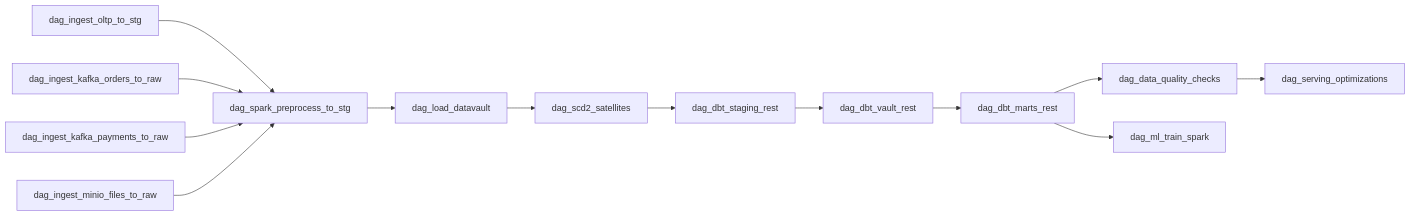
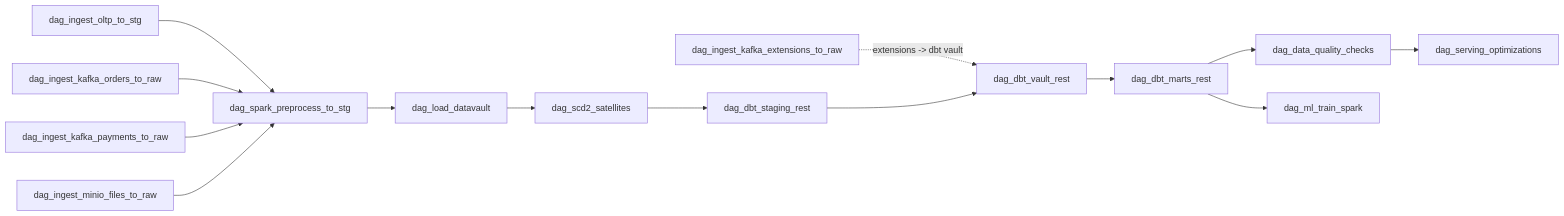
One commit to svergio/DataOpsShowcase changed the diagram in docs/PIPELINES.md. Above: the diagram before and after it, drawn with Mermaid. The commit also changed other lines of this file and 145 other files, not shown here.

````diff
--- a/docs/PIPELINES.md
+++ b/docs/PIPELINES.md
@@ -9,26 +11,28 @@
 ```mermaid
 flowchart LR
   oltp[dag_ingest_oltp_to_stg]
   k_orders[dag_ingest_kafka_orders_to_raw]
   k_payments[dag_ingest_kafka_payments_to_raw]
+  k_ext[dag_ingest_kafka_extensions_to_raw]
   minio_files[dag_ingest_minio_files_to_raw]
 
   spark[dag_spark_preprocess_to_stg]
   vault_load[dag_load_datavault]
   scd2[dag_scd2_satellites]
 
   dbt_stg[dag_dbt_staging_rest]
   dbt_vault[dag_dbt_vault_rest]
   dbt_marts[dag_dbt_marts_rest]
 
   dq[dag_data_quality_checks]
   serving[dag_serving_optimizations]
   mltrain[dag_ml_train_spark]
 
   oltp --> spark
   k_orders --> spark
   k_payments --> spark
   minio_files --> spark
+  k_ext -.->|extensions -> dbt vault| dbt_vault
   spark --> vault_load --> scd2 --> dbt_stg --> dbt_vault --> dbt_marts --> dq --> serving
   dbt_marts --> mltrain
 ```
````
